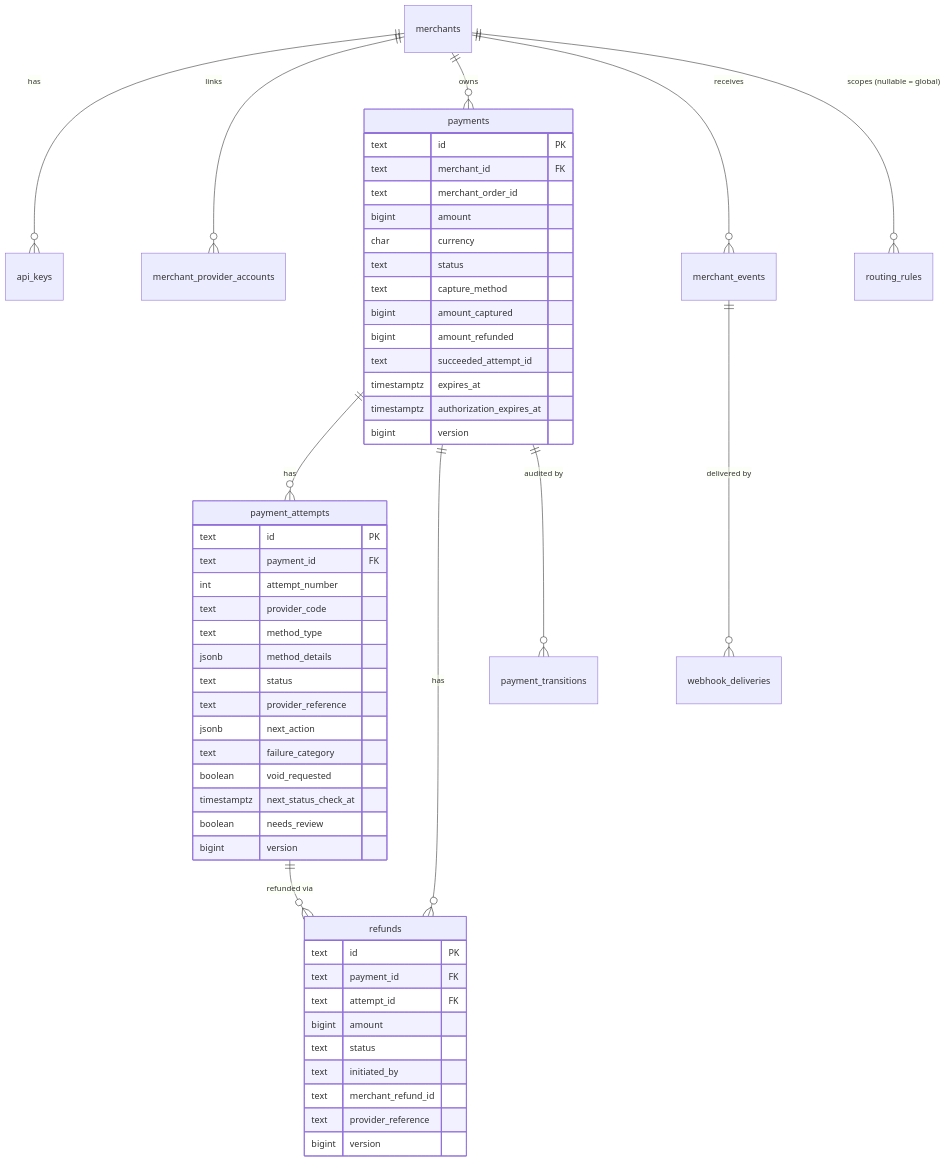
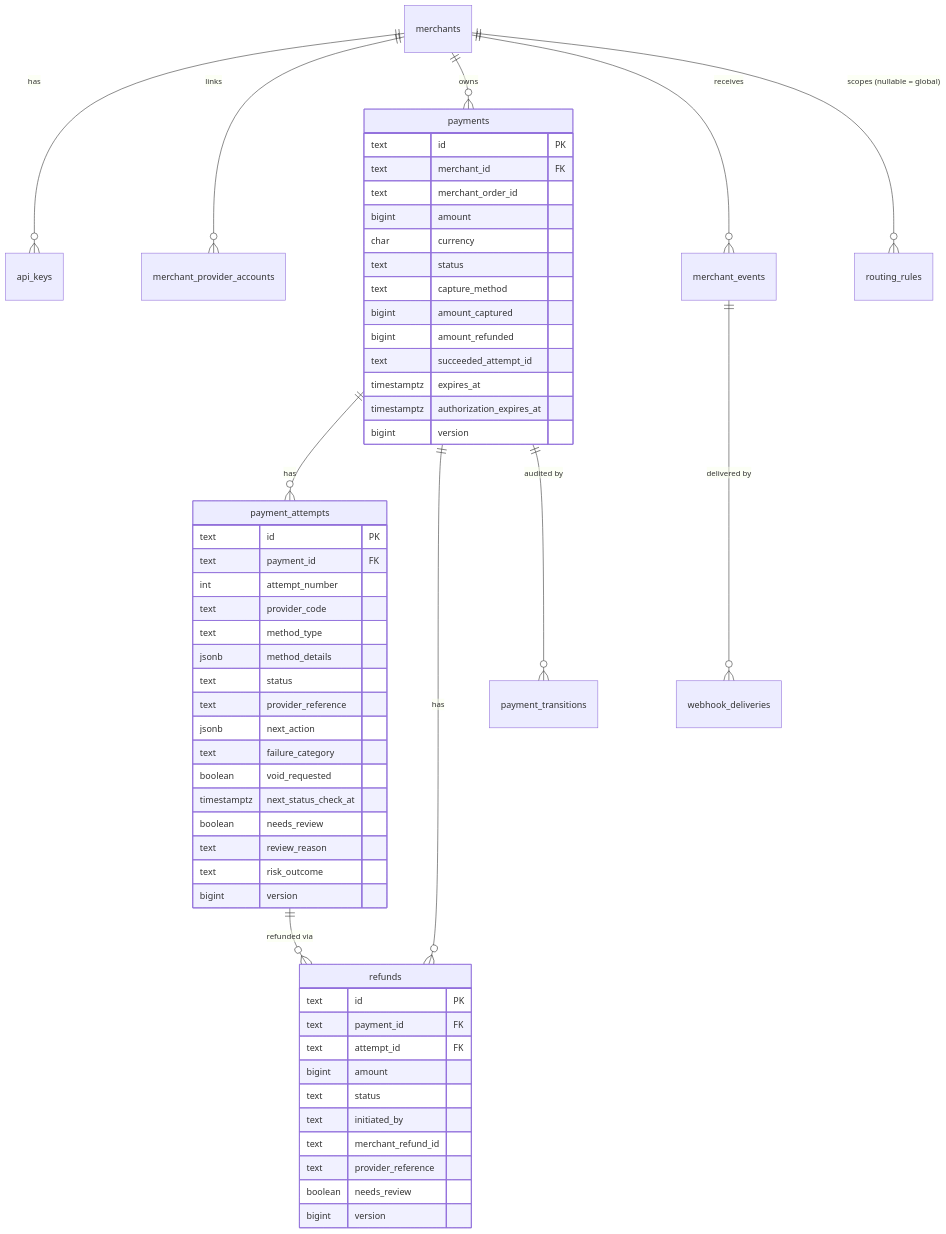
One commit to Deepika-1201/Payment-Orchestrator changed the fifth of 6 diagrams in docs/low-level-design.md. Above: the diagram before and after it, drawn with Mermaid. The commit also changed other lines of this file and 23 other files, not shown here.

First line of the commit message:
Manual review queue, persisted risk decisions and external fraud connector (ADR-016)

````diff
--- a/docs/low-level-design.md
+++ b/docs/low-level-design.md
@@ -504,56 +517,59 @@
 ```mermaid
 erDiagram
     merchants ||--o{ api_keys : has
     merchants ||--o{ merchant_provider_accounts : links
     merchants ||--o{ payments : owns
     payments ||--o{ payment_attempts : has
     payments ||--o{ refunds : has
     payment_attempts ||--o{ refunds : "refunded via"
     payments ||--o{ payment_transitions : "audited by"
     merchants ||--o{ merchant_events : receives
     merchant_events ||--o{ webhook_deliveries : "delivered by"
     merchants ||--o{ routing_rules : "scopes (nullable = global)"
 
     payments {
         text id PK
         text merchant_id FK
         text merchant_order_id
         bigint amount
         char currency
         text status
         text capture_method
         bigint amount_captured
         bigint amount_refunded
         text succeeded_attempt_id
         timestamptz expires_at
         timestamptz authorization_expires_at
         bigint version
     }
     payment_attempts {
         text id PK
         text payment_id FK
         int attempt_number
         text provider_code
         text method_type
         jsonb method_details
         text status
         text provider_reference
         jsonb next_action
         text failure_category
         boolean void_requested
         timestamptz next_status_check_at
         boolean needs_review
+        text review_reason
+        text risk_outcome
         bigint version
     }
     refunds {
         text id PK
         text payment_id FK
         text attempt_id FK
         bigint amount
         text status
         text initiated_by
         text merchant_refund_id
         text provider_reference
+        boolean needs_review
         bigint version
     }
 ```
````
